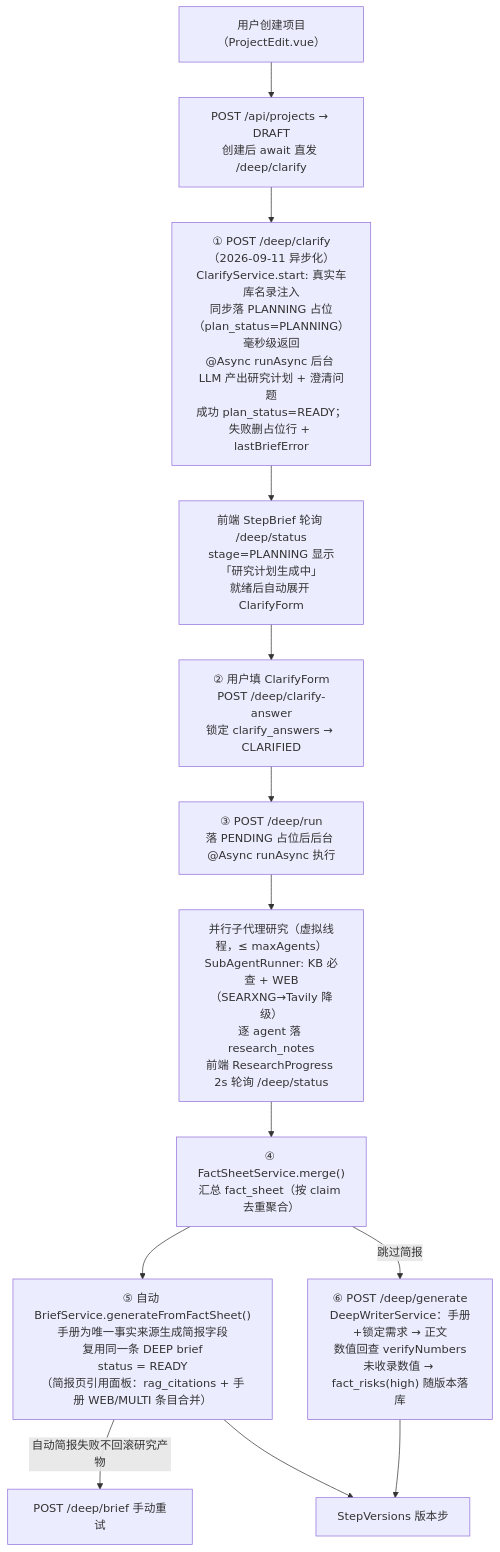
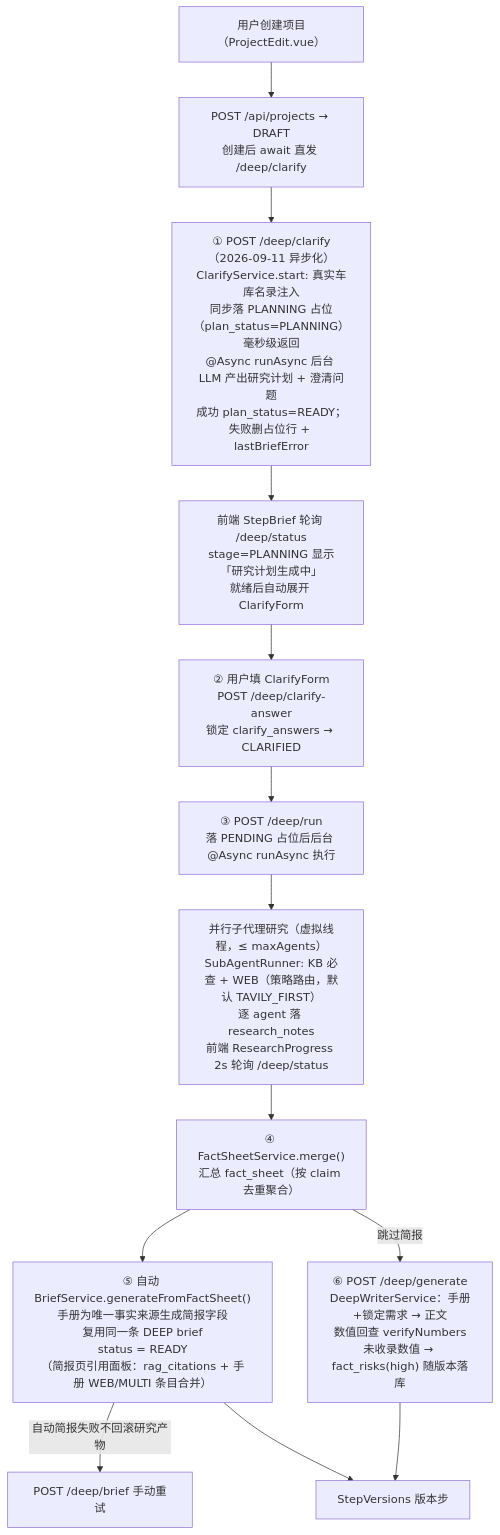
One commit to openshell/sparkora changed the diagram in docs/spec/brief-generation.md. Above: the diagram before and after it, drawn with Mermaid. The commit also changed other lines of this file and 41 other files, not shown here.

````diff
--- a/docs/spec/brief-generation.md
+++ b/docs/spec/brief-generation.md
@@ -16,15 +16,15 @@
 ```mermaid
 graph TD
     U["用户创建项目（ProjectEdit.vue）"] --> C0["POST /api/projects → DRAFT<br/>创建后 await 直发 /deep/clarify"]
     C0 --> D1["① POST /deep/clarify（2026-09-11 异步化）<br/>ClarifyService.start: 真实车库名录注入<br/>同步落 PLANNING 占位（plan_status=PLANNING）毫秒级返回<br/>@Async runAsync 后台 LLM 产出研究计划 + 澄清问题<br/>成功 plan_status=READY；失败删占位行 + lastBriefError"]
     D1 --> D1b["前端 StepBrief 轮询 /deep/status<br/>stage=PLANNING 显示「研究计划生成中」<br/>就绪后自动展开 ClarifyForm"]
     D1b --> D2["② 用户填 ClarifyForm<br/>POST /deep/clarify-answer<br/>锁定 clarify_answers → CLARIFIED"]
     D2 --> D3["③ POST /deep/run<br/>落 PENDING 占位后后台 @Async runAsync 执行"]
-    D3 --> D4["并行子代理研究（虚拟线程，≤ maxAgents）<br/>SubAgentRunner: KB 必查 + WEB（SEARXNG→Tavily 降级）<br/>逐 agent 落 research_notes<br/>前端 ResearchProgress 2s 轮询 /deep/status"]
+    D3 --> D4["并行子代理研究（虚拟线程，≤ maxAgents）<br/>SubAgentRunner: KB 必查 + WEB（策略路由，默认 TAVILY_FIRST）<br/>逐 agent 落 research_notes<br/>前端 ResearchProgress 2s 轮询 /deep/status"]
     D4 --> D5["④ FactSheetService.merge()<br/>汇总 fact_sheet（按 claim 去重聚合）"]
     D5 --> D6["⑤ 自动 BriefService.generateFromFactSheet()<br/>手册为唯一事实来源生成简报字段<br/>复用同一条 DEEP brief<br/>status = READY<br/>（简报页引用面板：rag_citations + 手册 WEB/MULTI 条目合并）"]
     D6 -->|"自动简报失败不回滚研究产物"| D7["POST /deep/brief 手动重试"]
     D5 -->|"跳过简报"| D8["⑥ POST /deep/generate<br/>DeepWriterService：手册+锁定需求 → 正文<br/>数值回查 verifyNumbers<br/>未收录数值 → fact_risks(high) 随版本落库"]
     D6 --> V["StepVersions 版本步"]
     D8 --> V
 ```
````
